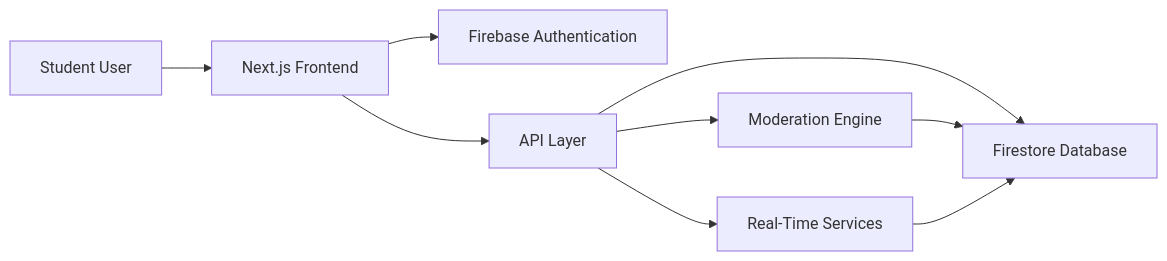
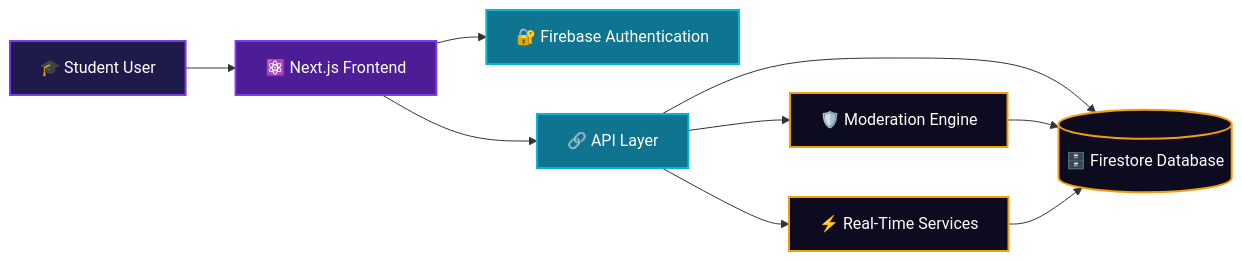
Before and after one commit to Akash22-11/ANONYMOUS-: the first of 2 diagrams in README.md, drawn with Mermaid. The commit also changed other lines of this file, not shown here.

````diff
--- a/README.md
+++ b/README.md
@@ -131,19 +130,22 @@
 ```mermaid
 flowchart LR
 
-A[Student User]
---> B[Next.js Frontend]
-
-B --> C[Firebase Authentication]
-
-B --> D[API Layer]
-
-D --> E[Firestore Database]
-
-D --> F[Moderation Engine]
-
-D --> G[Real-Time Services]
-
+A[🎓 Student User] --> B[⚛️ Next.js Frontend]
+B --> C[🔐 Firebase Authentication]
+B --> D[🔗 API Layer]
+D --> E[(🗄️ Firestore Database)]
+D --> F[🛡️ Moderation Engine]
+D --> G[⚡ Real-Time Services]
 F --> E
 G --> E
+
+classDef user fill:#1E1B4B,stroke:#7C3AED,stroke-width:2px,color:#fff
+classDef frontend fill:#4C1D95,stroke:#7C3AED,stroke-width:2px,color:#fff
+classDef api fill:#0E7490,stroke:#06B6D4,stroke-width:2px,color:#fff
+classDef data fill:#0D0B1F,stroke:#F59E0B,stroke-width:2px,color:#fff
+
+class A user
+class B frontend
+class C,D api
+class E,F,G data
 ```
````
